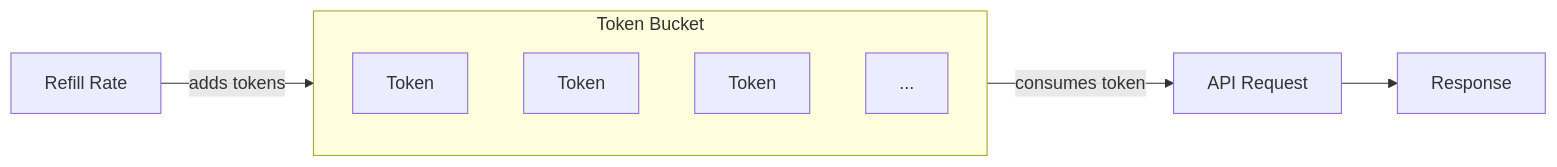
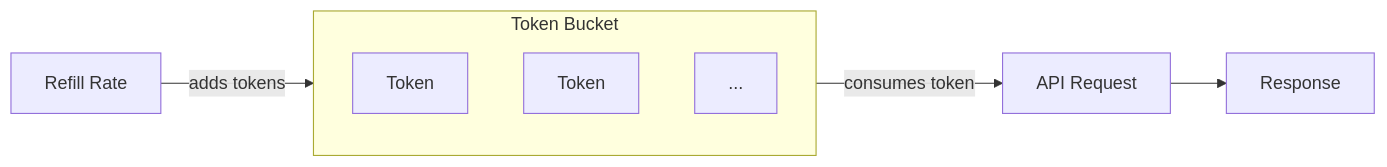
The diagram in docs/development/rate-limiting.md (natelandau/valentina-noir), drawn with Mermaid before and after one commit. The commit also changed 12 other files, not shown here.

````diff
--- a/docs/development/rate-limiting.md
+++ b/docs/development/rate-limiting.md
@@ -21,14 +21,13 @@
 ```mermaid
 flowchart LR
     subgraph bucket [Token Bucket]
         direction TB
         T1[Token]
         T2[Token]
-        T3[Token]
-        T4[...]
+        T3[...]
     end
 
     Refill[Refill Rate] -->|adds tokens| bucket
     bucket -->|consumes token| Request[API Request]
     Request --> Response[Response]
 ```
````
